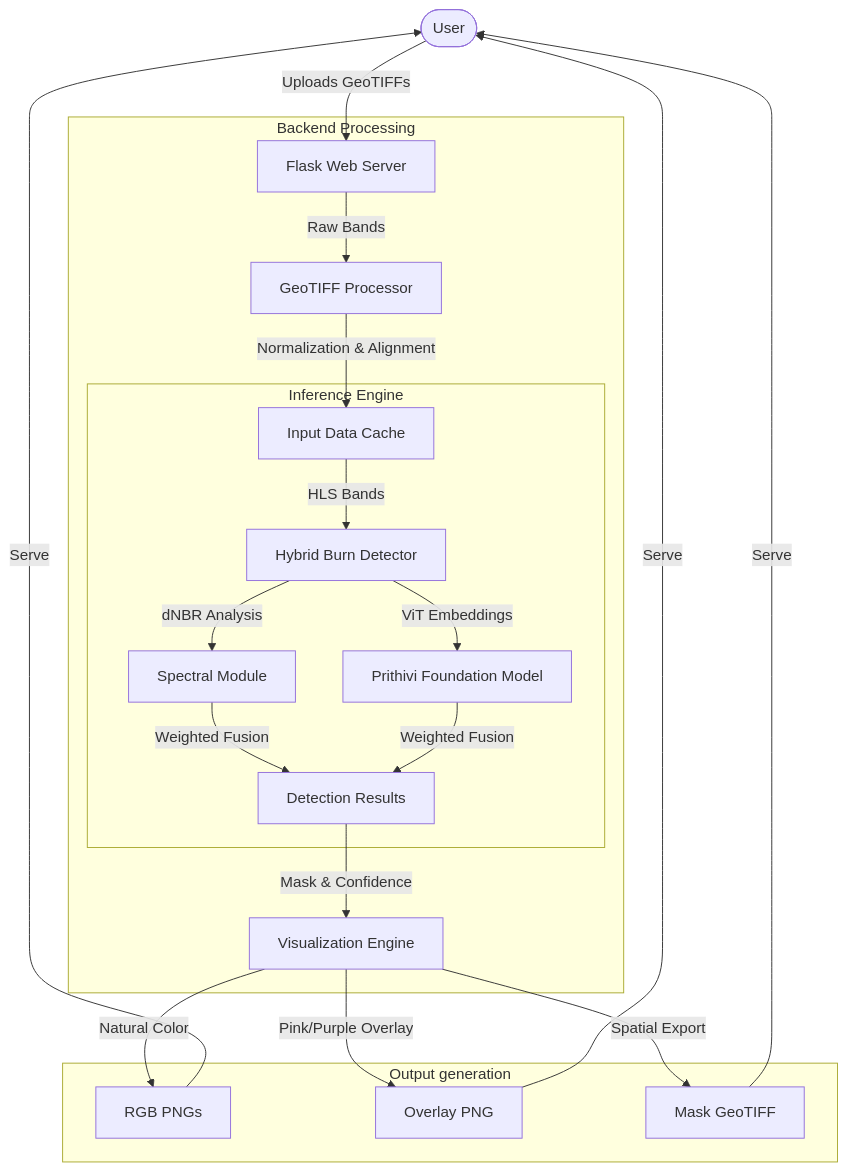
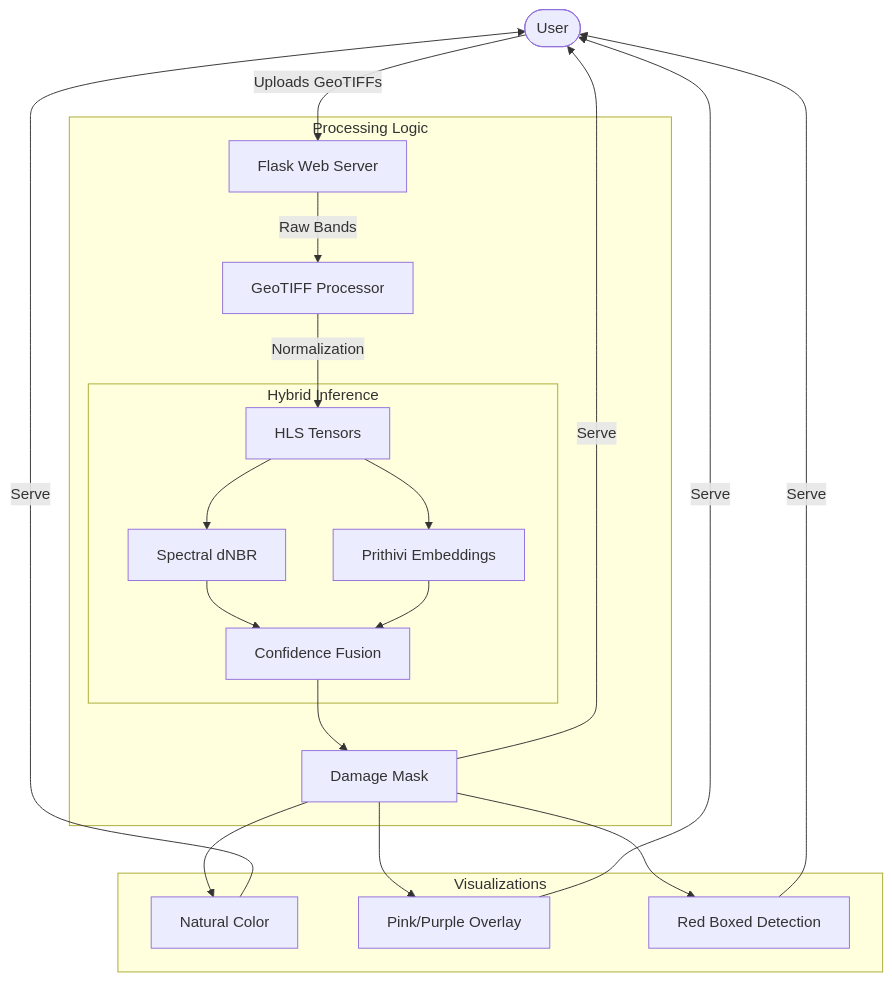
The diagram in README.md (Tushar365/Wildfire-Damage-Detection-Powered-by-Prithivi-EO-2.0), drawn with Mermaid before and after one commit.

````diff
--- a/README.md
+++ b/README.md
@@ -7,26 +7,25 @@
 ```mermaid
 graph TD
     User([User]) -->|Uploads GeoTIFFs| Flask[Flask Web Server]
 
-    subgraph "Backend Processing"
+    subgraph "Processing Logic"
         Flask -->|Raw Bands| Processor[GeoTIFF Processor]
-        Processor -->|Normalization & Alignment| InputData[Input Data Cache]
+        Processor -->|Normalization| Tensors[HLS Tensors]
 
-        subgraph "Inference Engine"
-            InputData -->|HLS Bands| Detector[Hybrid Burn Detector]
-            Detector -->|dNBR Analysis| Spectral[Spectral Module]
-            Detector -->|ViT Embeddings| DL[Prithivi Foundation Model]
-            Spectral & DL -->|Weighted Fusion| Results[Detection Results]
+        subgraph "Hybrid Inference"
+            Tensors --> dNBR[Spectral dNBR]
+            Tensors --> DL[Prithivi Embeddings]
+            dNBR & DL --> Fusion[Confidence Fusion]
         end
 
-        Results -->|Mask & Confidence| Vis[Visualization Engine]
+        Fusion --> Mask[Damage Mask]
     end
 
-    subgraph "Output generation"
-        Vis -->|Natural Color| RGB[RGB PNGs]
-        Vis -->|Pink/Purple Overlay| Overlay[Overlay PNG]
-        Vis -->|Spatial Export| GeoTIFF[Mask GeoTIFF]
+    subgraph "Visualizations"
+        Mask --> RGB[Natural Color]
+        Mask --> Overlay[Pink/Purple Overlay]
+        Mask --> Boxed[Red Boxed Detection]
     end
 
-    RGB & Overlay & GeoTIFF -->|Serve| User
+    RGB & Overlay & Boxed & Mask -->|Serve| User
 ```
````
